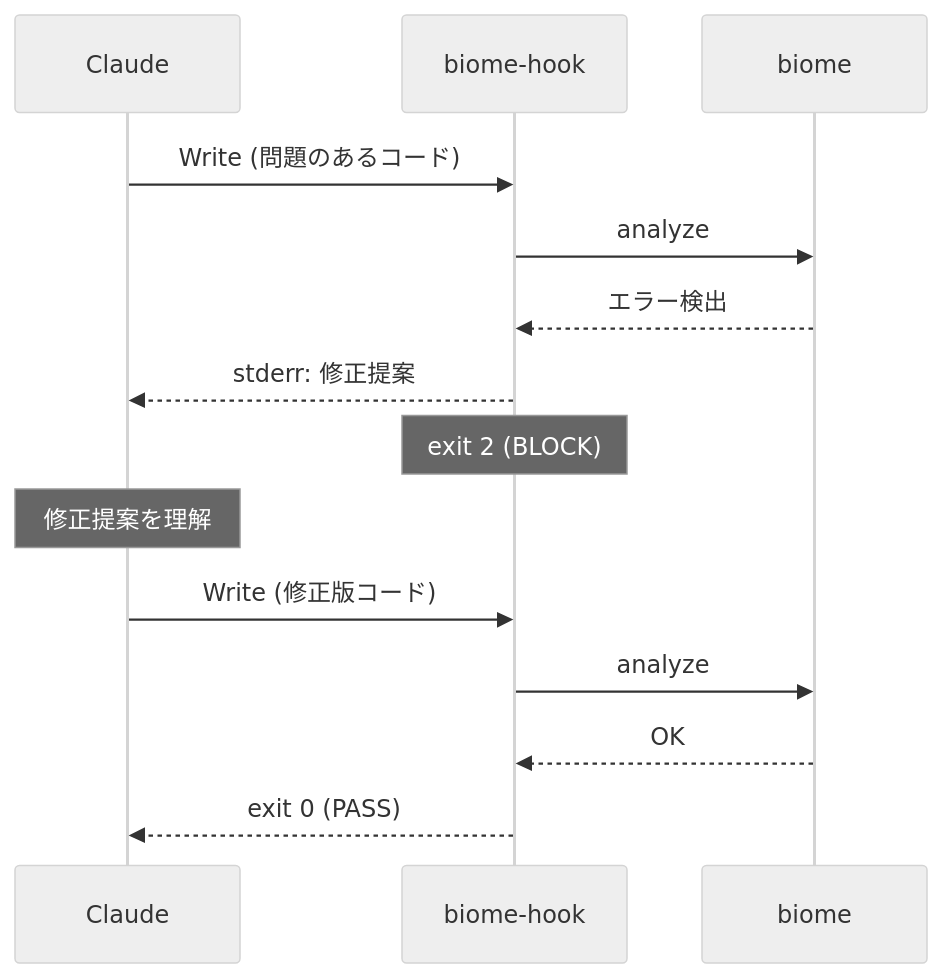
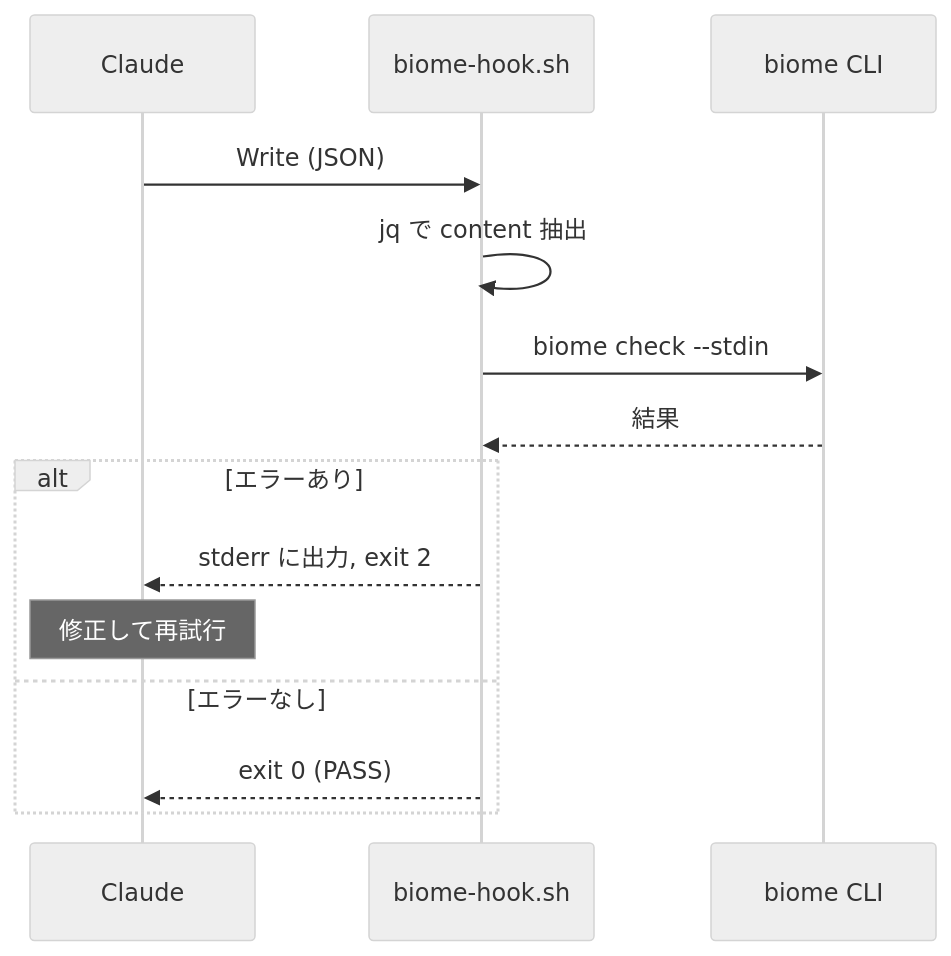
One commit to thkt/dotclaude changed the diagram in planning/biome-hook/sow.md. Above: the diagram before and after it, drawn with Mermaid (neutral theme). The commit also changed other lines of this file, not shown here.

Commit message:
docs(sow): simplify to shell script + biome CLI implementation

````diff
--- a/planning/biome-hook/sow.md
+++ b/planning/biome-hook/sow.md
@@ -109,17 +57,17 @@
 ```mermaid
 sequenceDiagram
     participant C as Claude
-    participant G as biome-hook
-    participant B as biome
+    participant H as biome-hook.sh
+    participant B as biome CLI
 
-    C->>G: Write (問題のあるコード)
-    G->>B: analyze
-    B-->>G: エラー検出
-    G-->>C: stderr: 修正提案
-    Note over G: exit 2 (BLOCK)
-    Note over C: 修正提案を理解
-    C->>G: Write (修正版コード)
-    G->>B: analyze
-    B-->>G: OK
-    G-->>C: exit 0 (PASS)
+    C->>H: Write (JSON)
+    H->>H: jq で content 抽出
+    H->>B: biome check --stdin
+    B-->>H: 結果
+    alt エラーあり
+        H-->>C: stderr に出力, exit 2
+        Note over C: 修正して再試行
+    else エラーなし
+        H-->>C: exit 0 (PASS)
+    end
 ```
````
